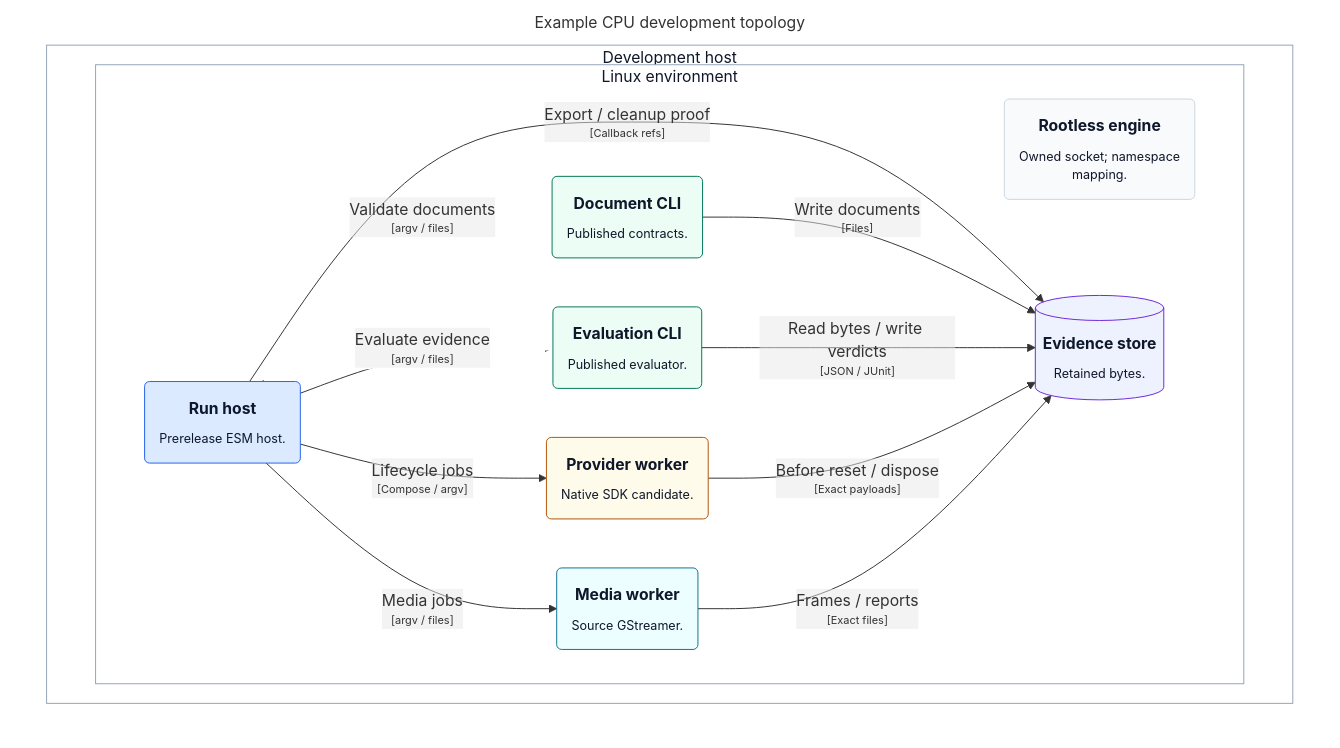
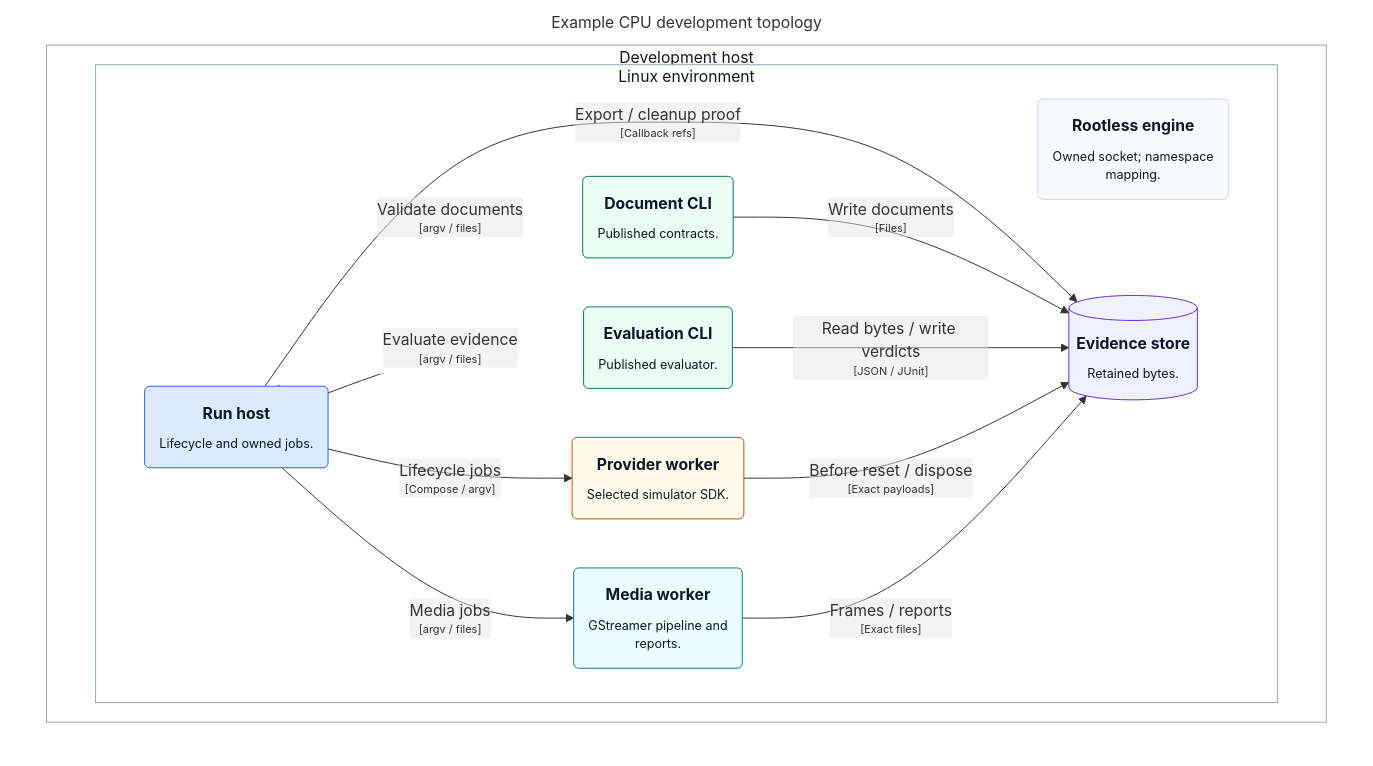
One commit to mmkolpakov/robotics-runtime changed the diagram in docs/architecture/generated/structurizr-DevelopmentDeployment.mmd. Above: the diagram before and after it, drawn with Mermaid. The commit also changed 17 other files, not shown here.

```diff
--- a/docs/architecture/generated/structurizr-DevelopmentDeployment.mmd
+++ b/docs/architecture/generated/structurizr-DevelopmentDeployment.mmd
@@ -1,41 +1,41 @@
 graph TB
   linkStyle default fill:#ffffff
 
   subgraph diagram ["Example CPU development topology"]
     style diagram fill:#ffffff,stroke:#ffffff
 
     subgraph 53 ["Development host"]
       style 53 fill:#ffffff,stroke:#94a3b8,color:#0f172a
 
       subgraph 54 ["Linux environment"]
         style 54 fill:#ffffff,stroke:#94a3b8,color:#0f172a
 
         55("<div style='font-weight: bold'>Rootless engine</div><div style='font-size: 80%; margin-top:10px'>Owned socket; namespace<br />mapping.</div>")
         style 55 fill:#f8fafc,stroke:#cbd5e1,color:#0f172a
-        56("<div style='font-weight: bold'>Run host</div><div style='font-size: 80%; margin-top:10px'>Prerelease ESM host.</div>")
+        56("<div style='font-weight: bold'>Run host</div><div style='font-size: 80%; margin-top:10px'>Lifecycle and owned jobs.</div>")
         style 56 fill:#dbeafe,stroke:#2563eb,color:#0f172a
         57("<div style='font-weight: bold'>Document CLI</div><div style='font-size: 80%; margin-top:10px'>Published contracts.</div>")
         style 57 fill:#ecfdf5,stroke:#047857,color:#0f172a
         59("<div style='font-weight: bold'>Evaluation CLI</div><div style='font-size: 80%; margin-top:10px'>Published evaluator.</div>")
         style 59 fill:#ecfdf5,stroke:#047857,color:#0f172a
-        61("<div style='font-weight: bold'>Provider worker</div><div style='font-size: 80%; margin-top:10px'>Native SDK candidate.</div>")
+        61("<div style='font-weight: bold'>Provider worker</div><div style='font-size: 80%; margin-top:10px'>Selected simulator SDK.</div>")
         style 61 fill:#fffbeb,stroke:#b45309,color:#0f172a
-        63("<div style='font-weight: bold'>Media worker</div><div style='font-size: 80%; margin-top:10px'>Source GStreamer.</div>")
+        63("<div style='font-weight: bold'>Media worker</div><div style='font-size: 80%; margin-top:10px'>GStreamer pipeline and<br />reports.</div>")
         style 63 fill:#ecfeff,stroke:#0e7490,color:#0f172a
         65[("<div style='font-weight: bold'>Evidence store</div><div style='font-size: 80%; margin-top:10px'>Retained bytes.</div>")]
         style 65 fill:#eef2ff,stroke:#6d28d9,color:#0f172a
       end
 
     end
 
     56-- "<div>Validate documents</div><div style='font-size: 70%'>[argv / files]</div>" -->57
     56-- "<div>Evaluate evidence</div><div style='font-size: 70%'>[argv / files]</div>" -->59
     56-- "<div>Lifecycle jobs</div><div style='font-size: 70%'>[Compose / argv]</div>" -->61
     56-- "<div>Media jobs</div><div style='font-size: 70%'>[argv / files]</div>" -->63
     56-- "<div>Export / cleanup proof</div><div style='font-size: 70%'>[Callback refs]</div>" -->65
     57-- "<div>Write documents</div><div style='font-size: 70%'>[Files]</div>" -->65
     59-- "<div>Read bytes / write verdicts</div><div style='font-size: 70%'>[JSON / JUnit]</div>" -->65
     61-- "<div>Before reset / dispose</div><div style='font-size: 70%'>[Exact payloads]</div>" -->65
     63-- "<div>Frames / reports</div><div style='font-size: 70%'>[Exact files]</div>" -->65
 
   end
```
